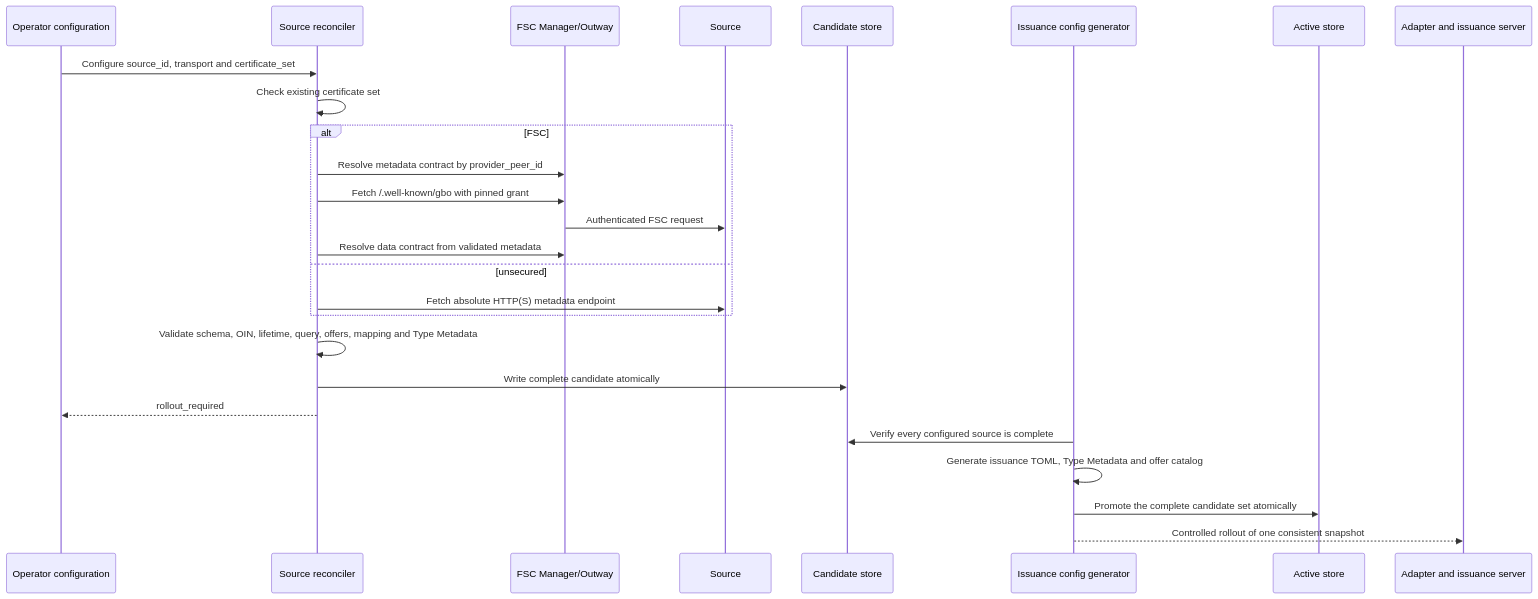
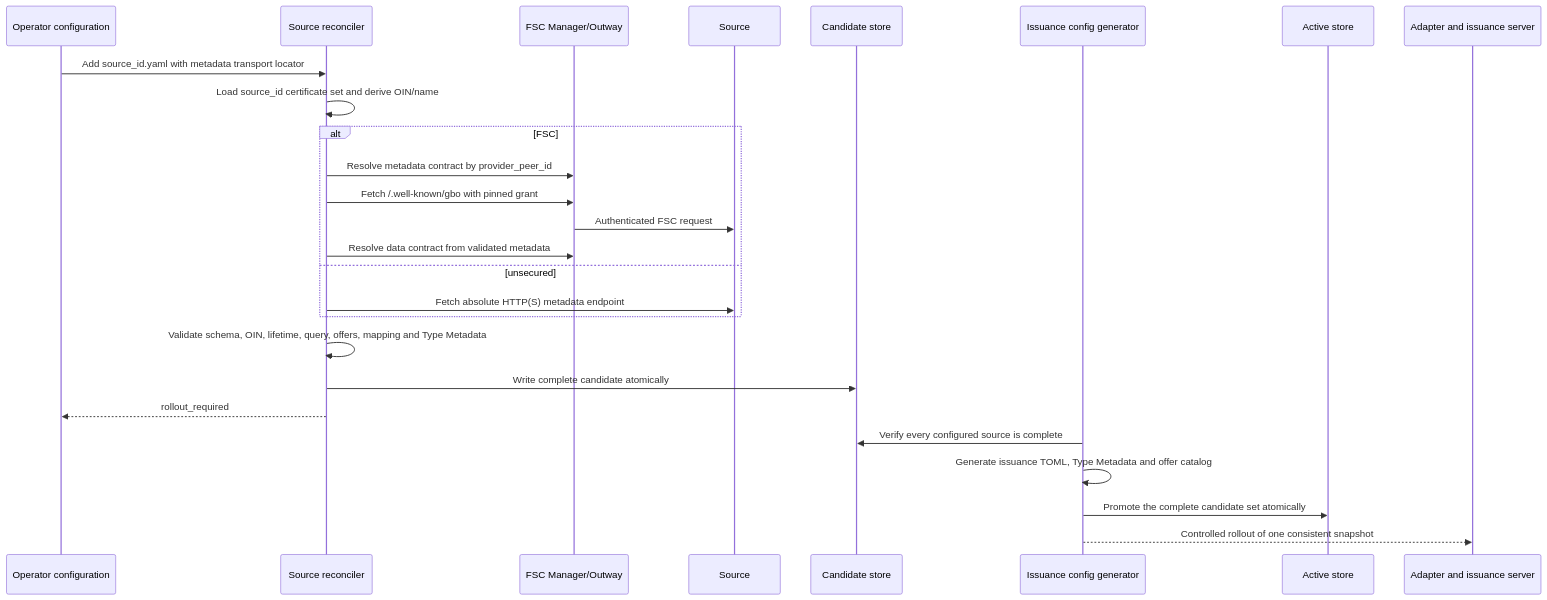
The diagram in docs/source-onboarding.md (ICTU/GBO-demo), drawn with Mermaid before and after one commit. The commit also changed other lines of this file and 26 other files, not shown here.

````diff
--- a/docs/source-onboarding.md
+++ b/docs/source-onboarding.md
@@ -75,29 +104,29 @@
 ```mermaid
 sequenceDiagram
     participant O as Operator configuration
     participant R as Source reconciler
     participant F as FSC Manager/Outway
     participant B as Source
     participant C as Candidate store
     participant G as Issuance config generator
     participant A as Active store
     participant I as Adapter and issuance server
 
-    O->>R: Configure source_id, transport and certificate_set
-    R->>R: Check existing certificate set
+    O->>R: Add source_id.yaml with metadata transport locator
+    R->>R: Load source_id certificate set and derive OIN/name
     alt FSC
         R->>F: Resolve metadata contract by provider_peer_id
         R->>F: Fetch /.well-known/gbo with pinned grant
         F->>B: Authenticated FSC request
         R->>F: Resolve data contract from validated metadata
     else unsecured
         R->>B: Fetch absolute HTTP(S) metadata endpoint
     end
     R->>R: Validate schema, OIN, lifetime, query, offers, mapping and Type Metadata
     R->>C: Write complete candidate atomically
     R-->>O: rollout_required
     G->>C: Verify every configured source is complete
     G->>G: Generate issuance TOML, Type Metadata and offer catalog
     G->>A: Promote the complete candidate set atomically
     G-->>I: Controlled rollout of one consistent snapshot
 ```
````
